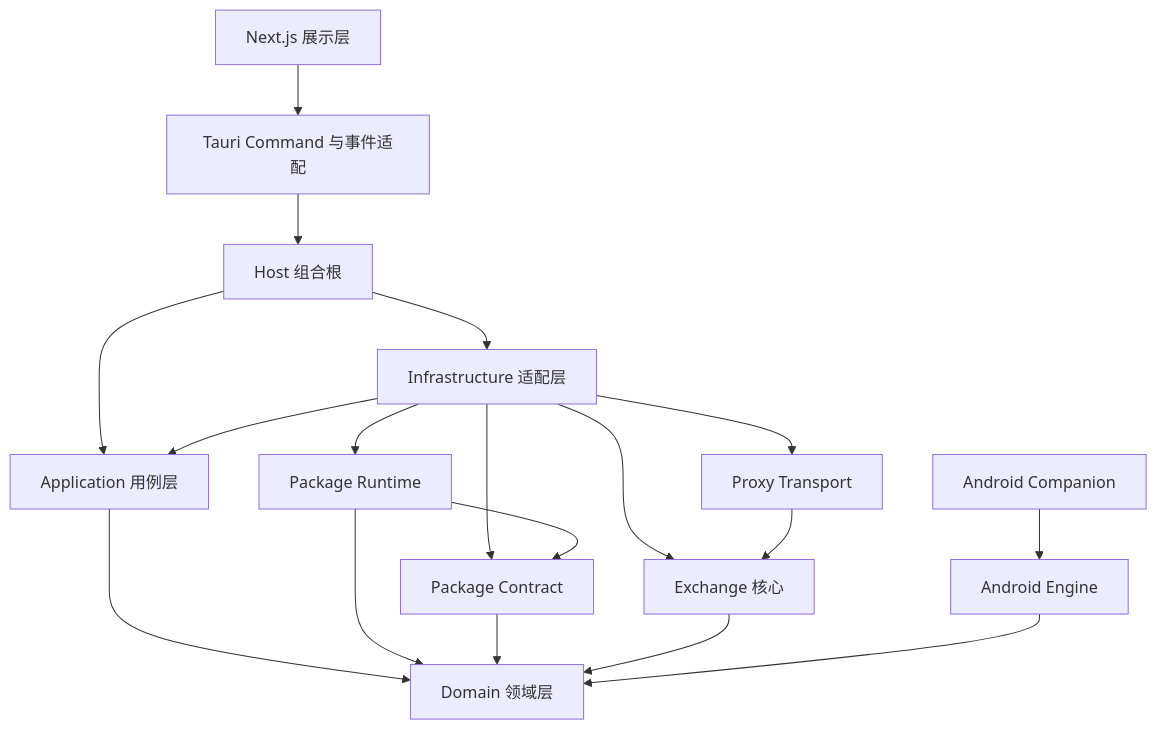
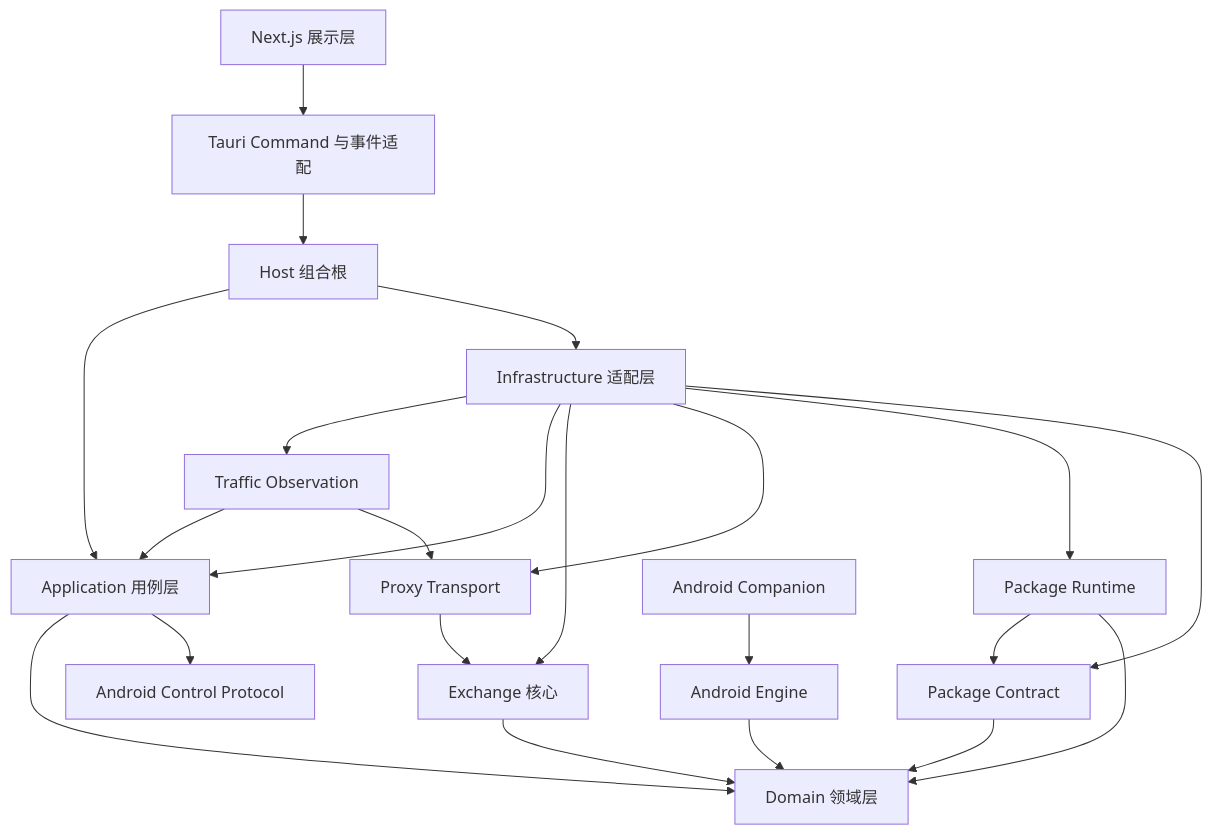
Before and after one commit to kouxko/gmofg-payment-proxy: the first of 3 diagrams in docs/architecture/modules.md, drawn with Mermaid. The commit also changed other lines of this file and 94 other files, not shown here.

````diff
--- a/docs/architecture/modules.md
+++ b/docs/architecture/modules.md
@@ -7,20 +7,24 @@
 ```mermaid
 flowchart TB
     UI[Next.js 展示层] --> TAURI[Tauri Command 与事件适配]
     TAURI --> HOST[Host 组合根]
     HOST --> APP[Application 用例层]
     HOST --> INFRA[Infrastructure 适配层]
     APP --> DOMAIN[Domain 领域层]
+    APP --> ANDROIDWIRE[Android Control Protocol]
+    INFRA --> OBSERVE[Traffic Observation]
+    OBSERVE --> APP
+    OBSERVE --> PROXY
     INFRA --> APP
     INFRA --> EXCHANGE[Exchange 核心]
     INFRA --> PROXY[Proxy Transport]
     INFRA --> PACKAGE[Package Runtime]
     INFRA --> CONTRACT[Package Contract]
     PROXY --> EXCHANGE
     PACKAGE --> CONTRACT
     PACKAGE --> DOMAIN
     CONTRACT --> DOMAIN
     EXCHANGE --> DOMAIN
     ANDROID[Android Companion] --> ENGINE[Android Engine]
     ENGINE --> DOMAIN
 ```
````
